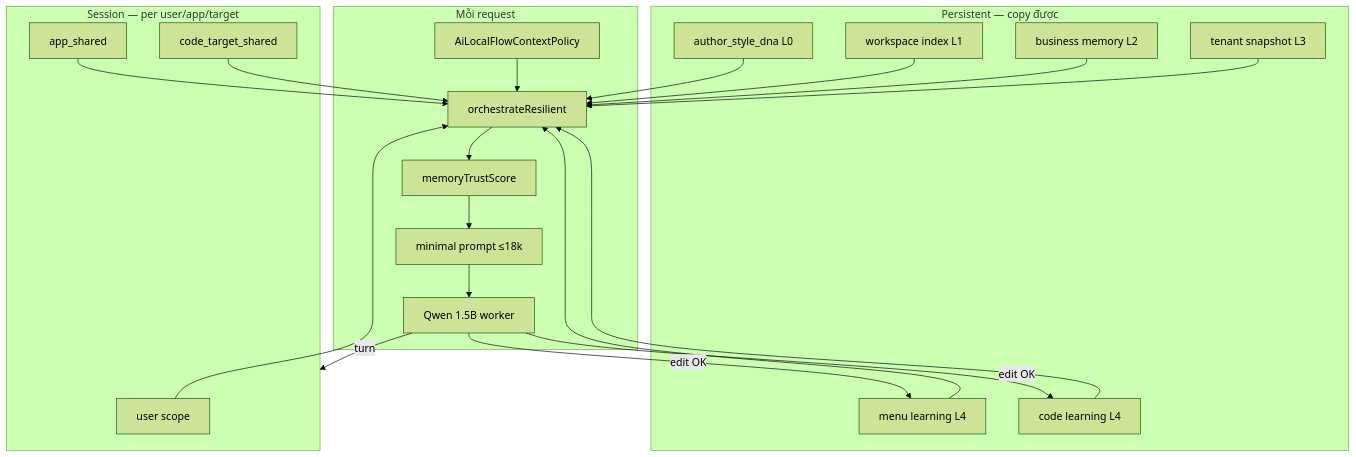
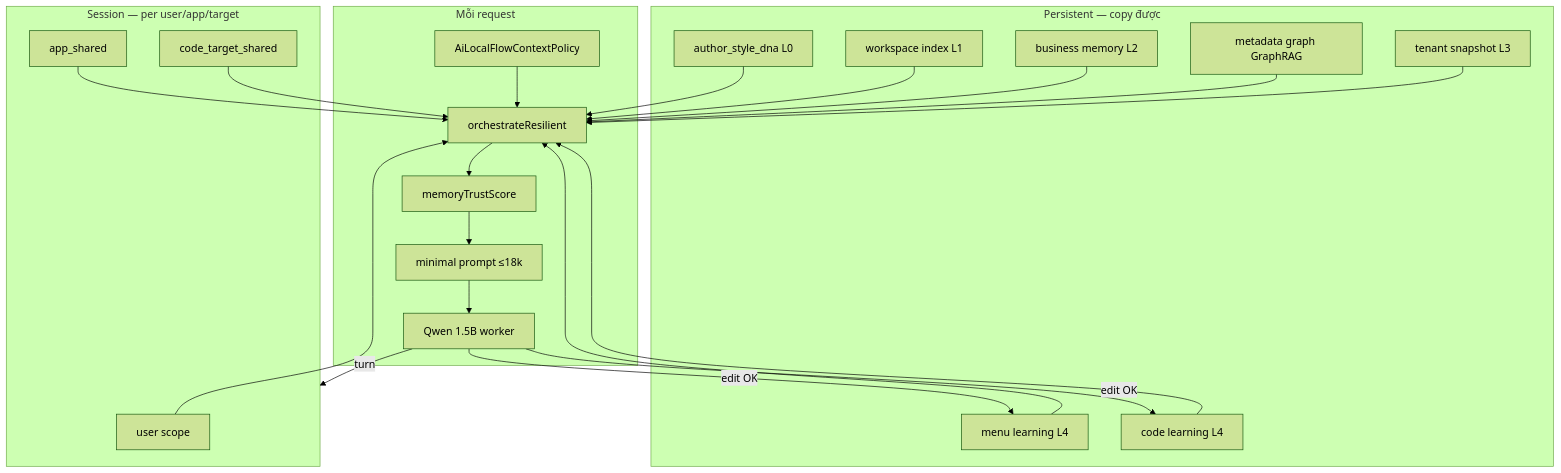
One commit to codsycorp/csm_java_react changed the sixth of 22 diagrams in CSM_AI_LOCAL_CURSOR_MASTER_BRIEF.md. Above: the diagram before and after it, drawn with Mermaid (forest theme). The commit also changed other lines of this file and 2 other files, not shown here.

First line of the commit message:
fix: export GraphRAG metadata graph in knowledge pack 1.1

````diff
--- a/CSM_AI_LOCAL_CURSOR_MASTER_BRIEF.md
+++ b/CSM_AI_LOCAL_CURSOR_MASTER_BRIEF.md
@@ -2500,39 +2502,41 @@
 ```mermaid
 flowchart TB
     subgraph persistent [Persistent — copy được]
         L0[author_style_dna L0]
         L1[workspace index L1]
         L2[business memory L2]
+        L2G[metadata graph GraphRAG]
         L3[tenant snapshot L3]
         L4M[menu learning L4]
         L4C[code learning L4]
     end
     subgraph session [Session — per user/app/target]
         S1[user scope]
         S2[app_shared]
         S3[code_target_shared]
     end
     subgraph request [Mỗi request]
         FC[AiLocalFlowContextPolicy]
         ORCH[orchestrateResilient]
         TRUST[memoryTrustScore]
         PROMPT[minimal prompt ≤18k]
         LLM[Qwen 1.5B worker]
     end
     L0 --> ORCH
     L1 --> ORCH
     L2 --> ORCH
+    L2G --> ORCH
     L3 --> ORCH
     L4M --> ORCH
     L4C --> ORCH
     S1 --> ORCH
     S2 --> ORCH
     S3 --> ORCH
     FC --> ORCH
     ORCH --> TRUST
     TRUST --> PROMPT
     PROMPT --> LLM
     LLM -->|edit OK| L4M
     LLM -->|edit OK| L4C
     LLM -->|turn| session
 ```
````
